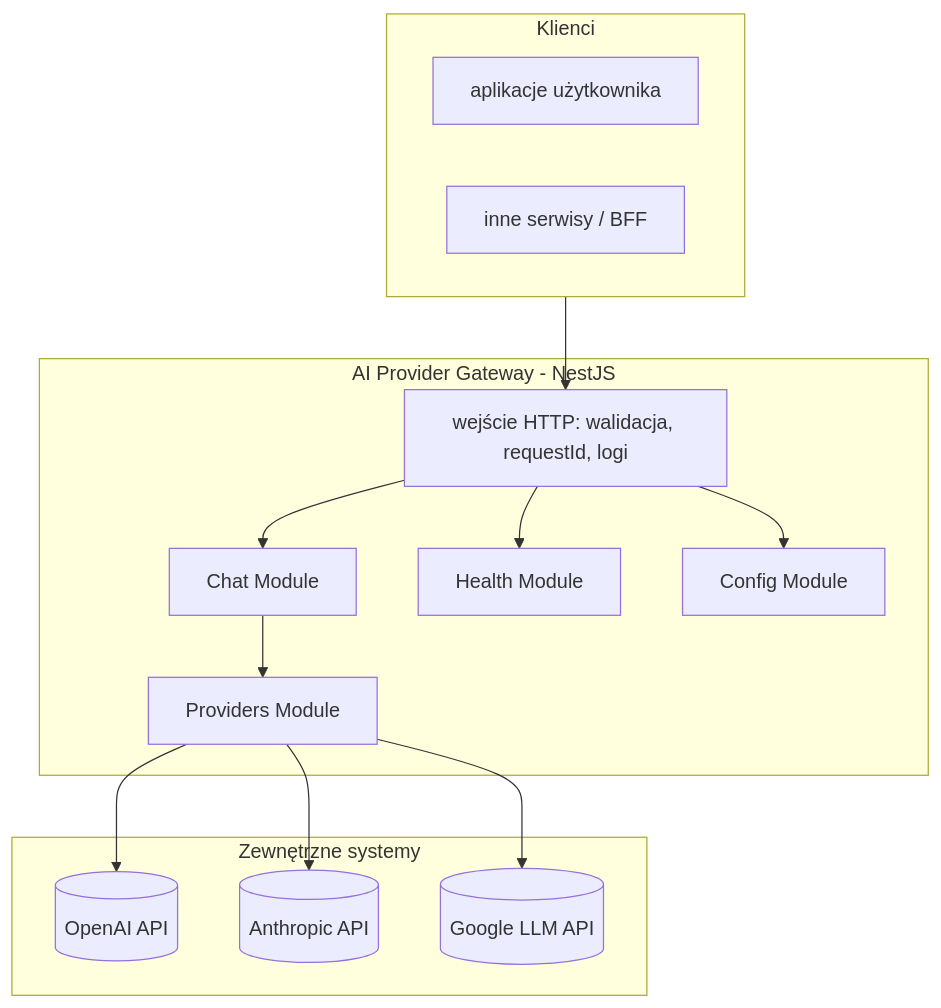
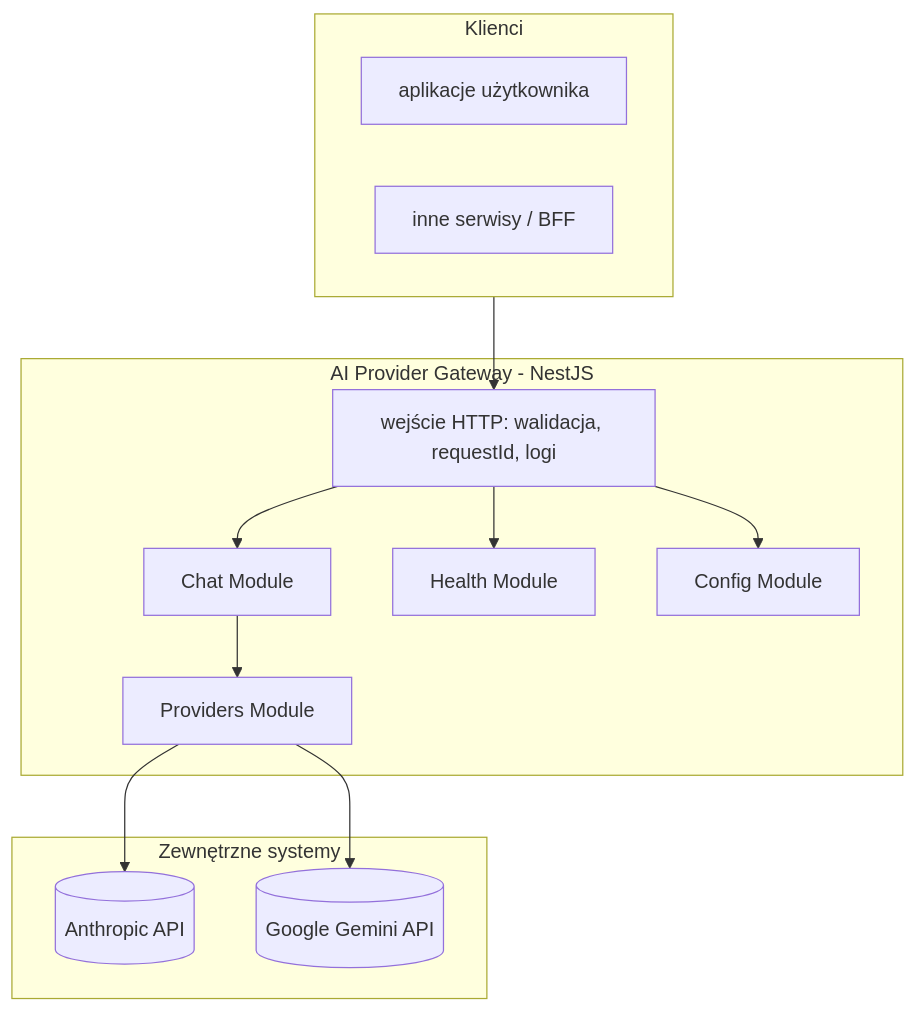
One commit to matej2314/ai-provider-gateway changed the diagram in docs/architektura.md. Above: the diagram before and after it, drawn with Mermaid. The commit also changed other lines of this file and 12 other files, not shown here.

````diff
--- a/docs/architektura.md
+++ b/docs/architektura.md
@@ -9,30 +9,28 @@
 ```mermaid
 flowchart TB
   subgraph clients [Klienci]
     app[aplikacje użytkownika]
     other[inne serwisy / BFF]
   end
 
   subgraph gw [AI Provider Gateway - NestJS]
     http[wejście HTTP: walidacja, requestId, logi]
     chat[Chat Module]
     providers[Providers Module]
     health[Health Module]
     config[Config Module]
   end
 
   subgraph external [Zewnętrzne systemy]
-    openai[(OpenAI API)]
     anthropic[(Anthropic API)]
-    google[(Google LLM API)]
+    google[(Google Gemini API)]
   end
 
   clients --> http
   http --> chat
   chat --> providers
   http --> health
   http --> config
-  providers --> openai
   providers --> anthropic
   providers --> google
 ```
````
